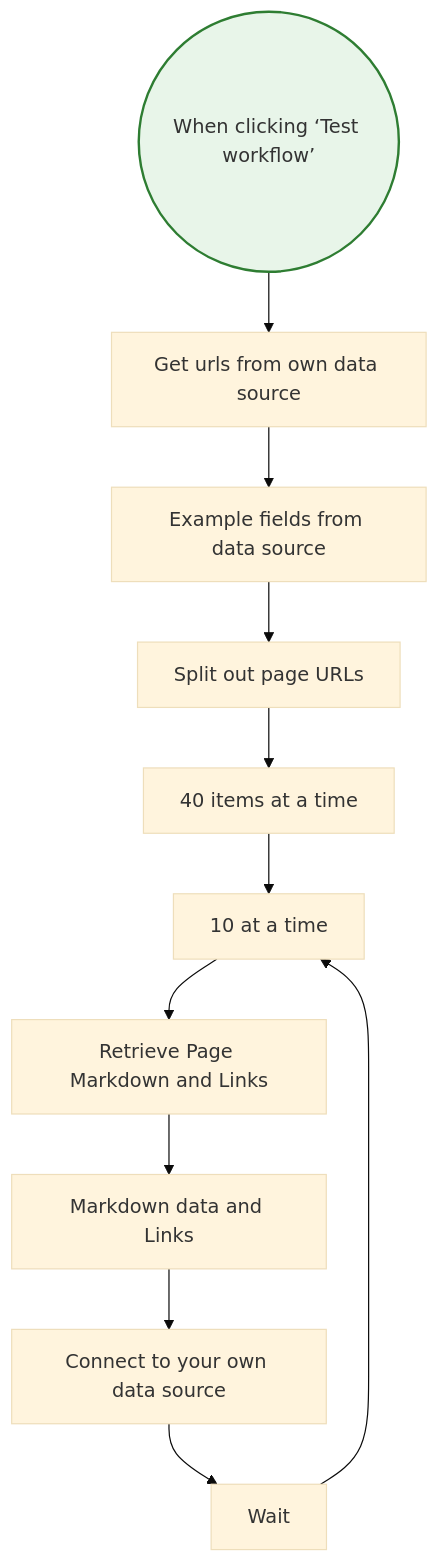
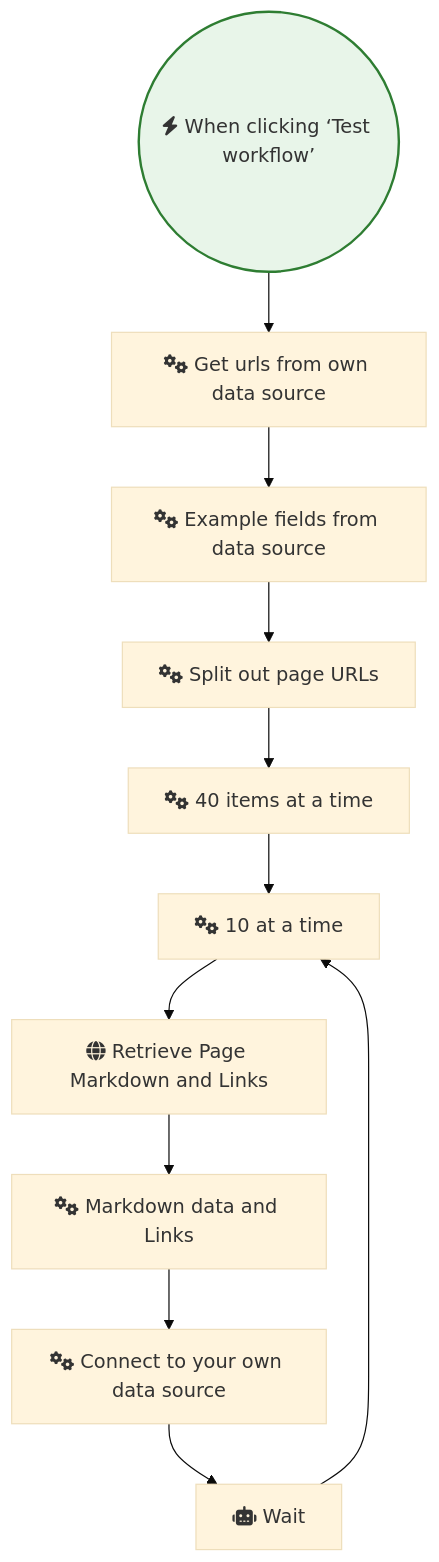
The diagram in PDF_and_Document_Processing/Convert URL HTML to Markdown Format and Get Page Links.md (sreyash3105/N8N-DEMO-AUTOMATIONS), drawn with Mermaid (base theme) before and after one commit. The commit also changed 291 other files, not shown here.

````diff
--- a/PDF_and_Document_Processing/Convert URL HTML to Markdown Format and Get Page Links.md
+++ b/PDF_and_Document_Processing/Convert URL HTML to Markdown Format and Get Page Links.md
@@ -1,28 +1,28 @@
 ```mermaid
 graph TD
     classDef trigger fill:#e8f5e9,stroke:#2e7d32,stroke-width:2px;
     classDef ai fill:#e3f2fd,stroke:#1565c0,stroke-width:2px;
     classDef logic fill:#fff3e0,stroke:#ef6c00,stroke-width:2px;
 
-    When_clicking__Test_workflow_(("When clicking ‘Test workflow’")):::trigger
-    Wait["Wait"]
-    Connect_to_your_own_data_source["Connect to your own data source"]
-    Get_urls_from_own_data_source["Get urls from own data source"]
-    Example_fields_from_data_source["Example fields from data source"]
-    n_40_items_at_a_time["40 items at a time"]
-    n_10_at_a_time["10 at a time"]
-    Markdown_data_and_Links["Markdown data and Links"]
-    Split_out_page_URLs["Split out page URLs"]
-    Retrieve_Page_Markdown_and_Links["Retrieve Page Markdown and Links"]
+    When_clicking__Test_workflow_(("fas:fa-bolt When clicking ‘Test workflow’")):::trigger
+    Wait["fas:fa-robot Wait"]
+    Connect_to_your_own_data_source["fas:fa-cogs Connect to your own data source"]
+    Get_urls_from_own_data_source["fas:fa-cogs Get urls from own data source"]
+    Example_fields_from_data_source["fas:fa-cogs Example fields from data source"]
+    n_40_items_at_a_time["fas:fa-cogs 40 items at a time"]
+    n_10_at_a_time["fas:fa-cogs 10 at a time"]
+    Markdown_data_and_Links["fas:fa-cogs Markdown data and Links"]
+    Split_out_page_URLs["fas:fa-cogs Split out page URLs"]
+    Retrieve_Page_Markdown_and_Links["fas:fa-globe Retrieve Page Markdown and Links"]
 
     Wait --> n_10_at_a_time
     n_10_at_a_time --> Retrieve_Page_Markdown_and_Links
     n_40_items_at_a_time --> n_10_at_a_time
     Split_out_page_URLs --> n_40_items_at_a_time
     Markdown_data_and_Links --> Connect_to_your_own_data_source
     Get_urls_from_own_data_source --> Example_fields_from_data_source
     Connect_to_your_own_data_source --> Wait
     Example_fields_from_data_source --> Split_out_page_URLs
     Retrieve_Page_Markdown_and_Links --> Markdown_data_and_Links
     When_clicking__Test_workflow_ --> Get_urls_from_own_data_source
 ```
````
